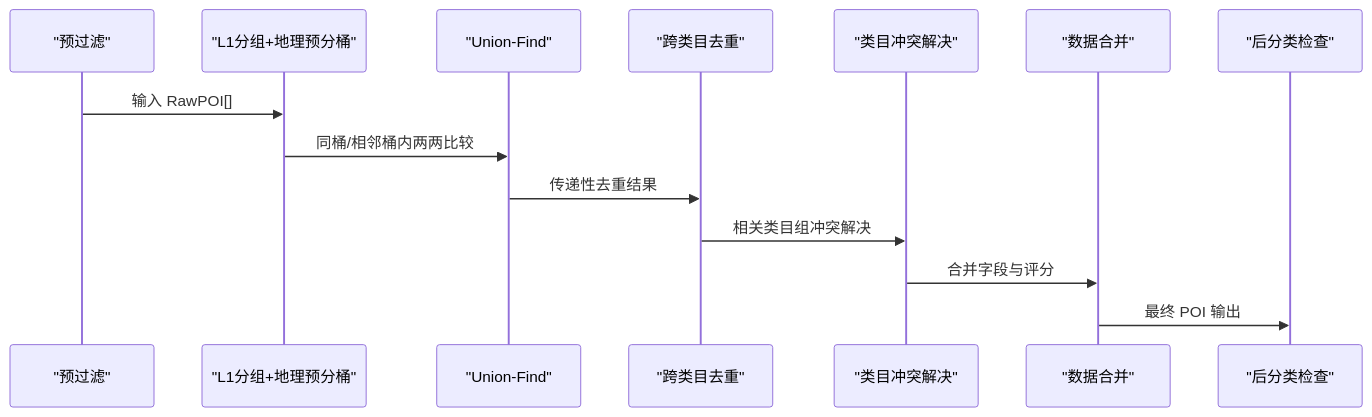
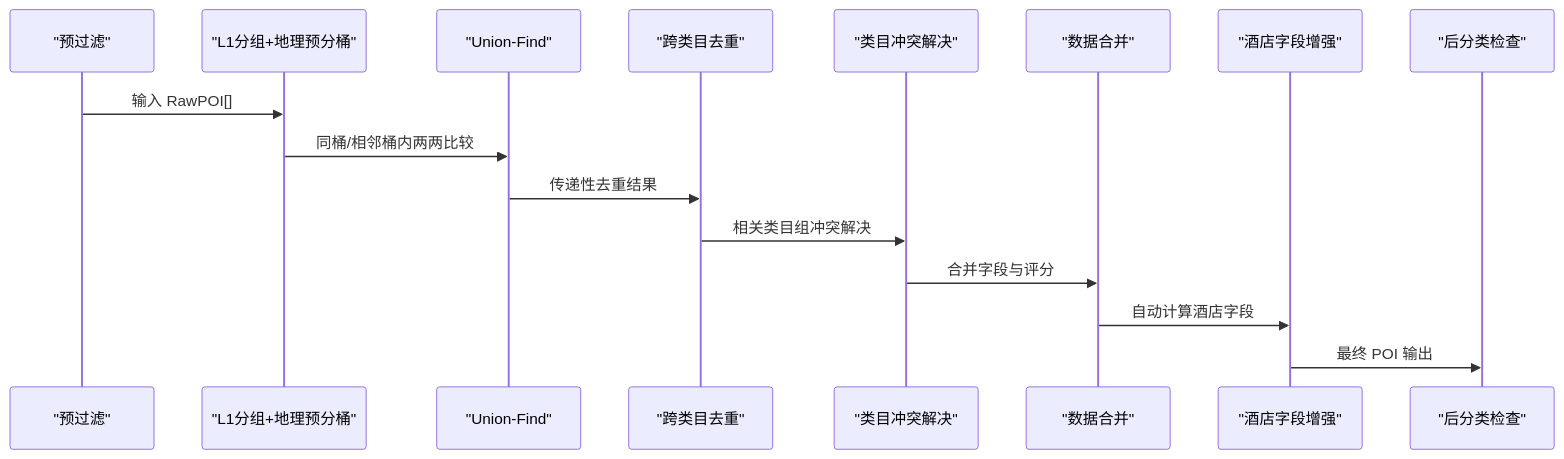
Before and after one commit to ititjjy/AITrip-plan: the second of 11 diagrams in .qoder/repowiki/zh/content/AI数据采集系统/数据处理管道/数据合并算法.md, drawn with Mermaid. The commit also changed other lines of this file and 28 other files, not shown here.

````diff
--- a/.qoder/repowiki/zh/content/AI数据采集系统/数据处理管道/数据合并算法.md
+++ b/.qoder/repowiki/zh/content/AI数据采集系统/数据处理管道/数据合并算法.md
@@ -105,16 +127,18 @@
 ```mermaid
 sequenceDiagram
 participant P as "预过滤"
 participant G as "L1分组+地理预分桶"
 participant UF as "Union-Find"
 participant CC as "跨类目去重"
 participant CL as "类目冲突解决"
 participant M as "数据合并"
+participant HF as "酒店字段增强"
 participant Q as "后分类检查"
 P->>G : 输入 RawPOI[]
 G->>UF : 同桶/相邻桶内两两比较
 UF->>CC : 传递性去重结果
 CC->>CL : 相关类目组冲突解决
 CL->>M : 合并字段与评分
-M->>Q : 最终 POI 输出
+M->>HF : 自动计算酒店字段
+HF->>Q : 最终 POI 输出
 ```
````
